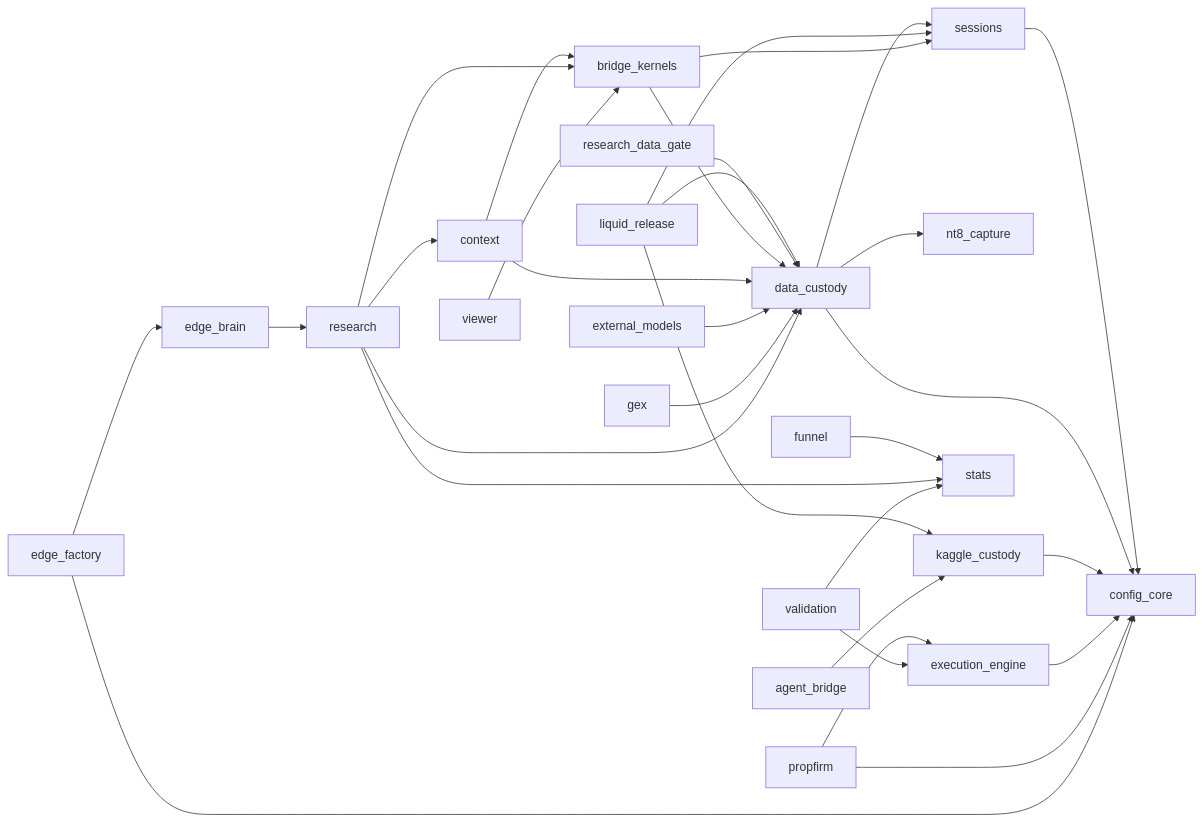
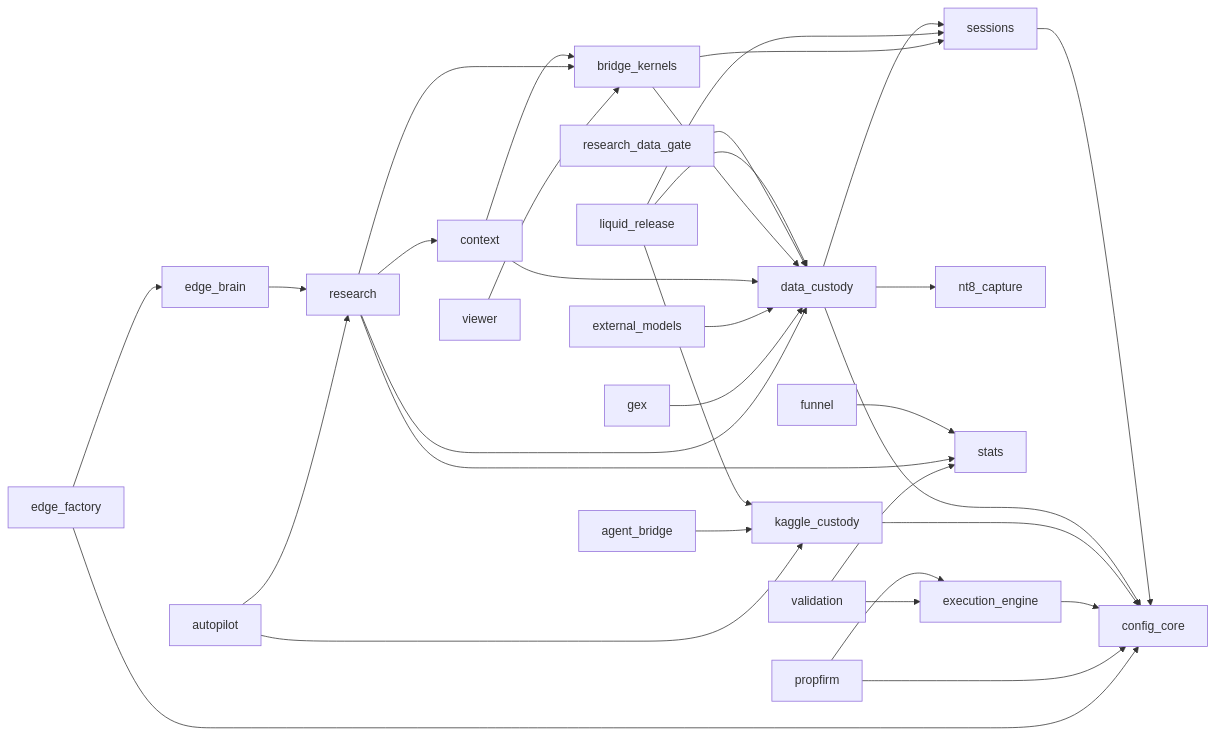
Before and after one commit to Nicodelcampo/EdgeLab: the diagram in docs/MODULES.md, drawn with Mermaid. The commit also changed other lines of this file and 18 other files, not shown here.

````diff
--- a/docs/MODULES.md
+++ b/docs/MODULES.md
@@ -47,33 +48,35 @@
 ```mermaid
 graph LR
   sessions --> config_core
   data_custody --> config_core
   data_custody --> sessions
   data_custody --> nt8_capture
   kaggle_custody --> config_core
   liquid_release --> data_custody
   liquid_release --> sessions
   liquid_release --> kaggle_custody
   research_data_gate --> data_custody
   bridge_kernels --> data_custody
   bridge_kernels --> sessions
   context --> bridge_kernels
   context --> data_custody
   external_models --> data_custody
   funnel --> stats
   gex --> data_custody
   research --> data_custody
   research --> bridge_kernels
   research --> stats
   research --> context
   execution_engine --> config_core
   propfirm --> config_core
   propfirm --> execution_engine
   validation --> execution_engine
   validation --> stats
   edge_brain --> research
   edge_factory --> edge_brain
   edge_factory --> config_core
   agent_bridge --> kaggle_custody
+  autopilot --> kaggle_custody
+  autopilot --> research
   viewer --> bridge_kernels
 ```
````
